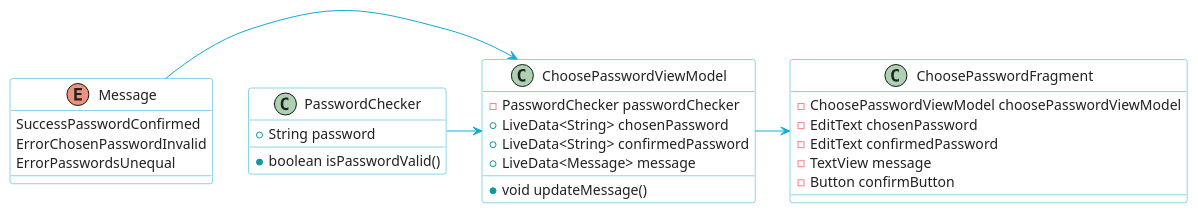
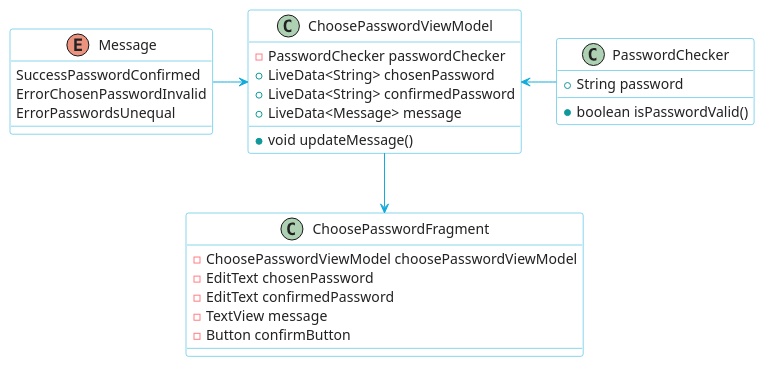
Before and after one commit to bbrakenhoff/tdd-case: the diagram in app/src/main/assets/class_diagram.puml, drawn with PlantUML.

Commit message:
Fix for class diagram

```diff
--- a/app/src/main/assets/class_diagram.puml
+++ b/app/src/main/assets/class_diagram.puml
@@ -1,52 +1,54 @@
 @startuml
 
 skinparam class {
     BorderColor #12ABDB
     BackgroundColor white
     ArrowColor #12ABDB
 }
 
+skinparam shadowing false
+skinparam LineType ortho
 skinparam DefaultFontColor #222222
 skinparam DefaultFontName Verdana
 skinparam CircledCharacterFontColor white
 skinparam StereotypeCBackgroundColor #FF304C
 skinparam StereotypeCBorderColor #FF304C
 skinparam StereotypeEBackgroundColor #FF6327
 skinparam StereotypeEBorderColor #FF6327
 skinparam IconPublicColor #0F999C
 skinparam IconPublicBackgroundColor #0F999C
 skinparam IconPrivateColor #FF7E83
 
 class PasswordChecker {
     + String password
     + boolean isPasswordValid()
 }
 
 enum Message {
     SuccessPasswordConfirmed
     ErrorChosenPasswordInvalid
     ErrorPasswordsUnequal
 }
 
 class ChoosePasswordViewModel {
     - PasswordChecker passwordChecker
     + LiveData<String> chosenPassword
     + LiveData<String> confirmedPassword
     + LiveData<Message> message
 
     + void updateMessage()
 }
 
 class ChoosePasswordFragment {
     - ChoosePasswordViewModel choosePasswordViewModel
     - EditText chosenPassword
     - EditText confirmedPassword
     - TextView message
     - Button confirmButton
 }
 
+PasswordChecker -left> ChoosePasswordViewModel
 Message -> ChoosePasswordViewModel
-PasswordChecker -> ChoosePasswordViewModel
-ChoosePasswordViewModel -> ChoosePasswordFragment
+ChoosePasswordViewModel -down-> ChoosePasswordFragment
 
 @enduml
```
